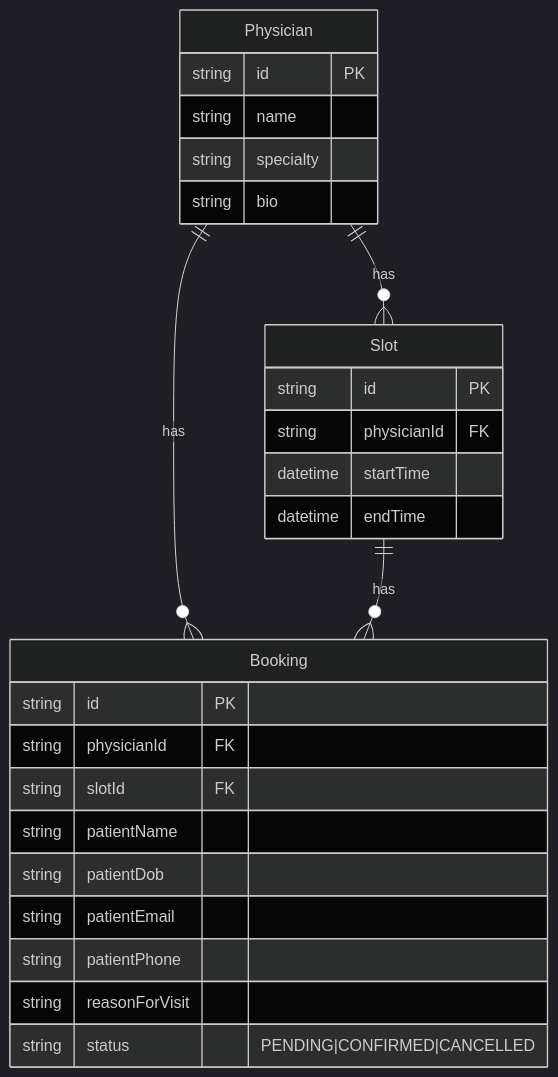
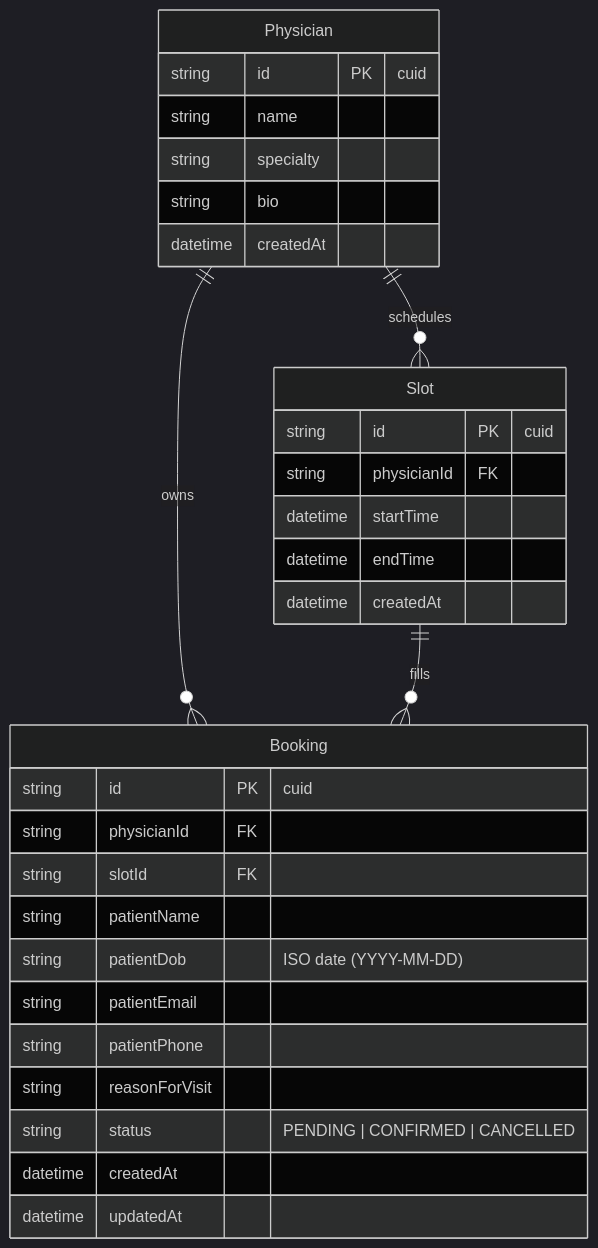
One commit to jaitra-rewar4/patient-booking changed the diagram in README.md. Above: the diagram before and after it, drawn with Mermaid (dark theme). The commit also changed other lines of this file and 1 other file, not shown here.

Commit message:
Improve data-model diagram and add Codespaces devcontainer

````diff
--- a/README.md
+++ b/README.md
@@ -46,29 +54,34 @@
 ```mermaid
 erDiagram
-    Physician ||--o{ Slot : has
-    Physician ||--o{ Booking : has
-    Slot ||--o{ Booking : has
+    Physician ||--o{ Slot : "schedules"
+    Physician ||--o{ Booking : "owns"
+    Slot ||--o{ Booking : "fills"
+
     Physician {
-        string id PK
+        string id PK "cuid"
         string name
         string specialty
         string bio
+        datetime createdAt
     }
     Slot {
-        string id PK
+        string id PK "cuid"
         string physicianId FK
         datetime startTime
         datetime endTime
+        datetime createdAt
     }
     Booking {
-        string id PK
+        string id PK "cuid"
         string physicianId FK
         string slotId FK
         string patientName
-        string patientDob
+        string patientDob "ISO date (YYYY-MM-DD)"
         string patientEmail
         string patientPhone
         string reasonForVisit
-        string status "PENDING|CONFIRMED|CANCELLED"
+        string status "PENDING | CONFIRMED | CANCELLED"
+        datetime createdAt
+        datetime updatedAt
     }
 ```
````
